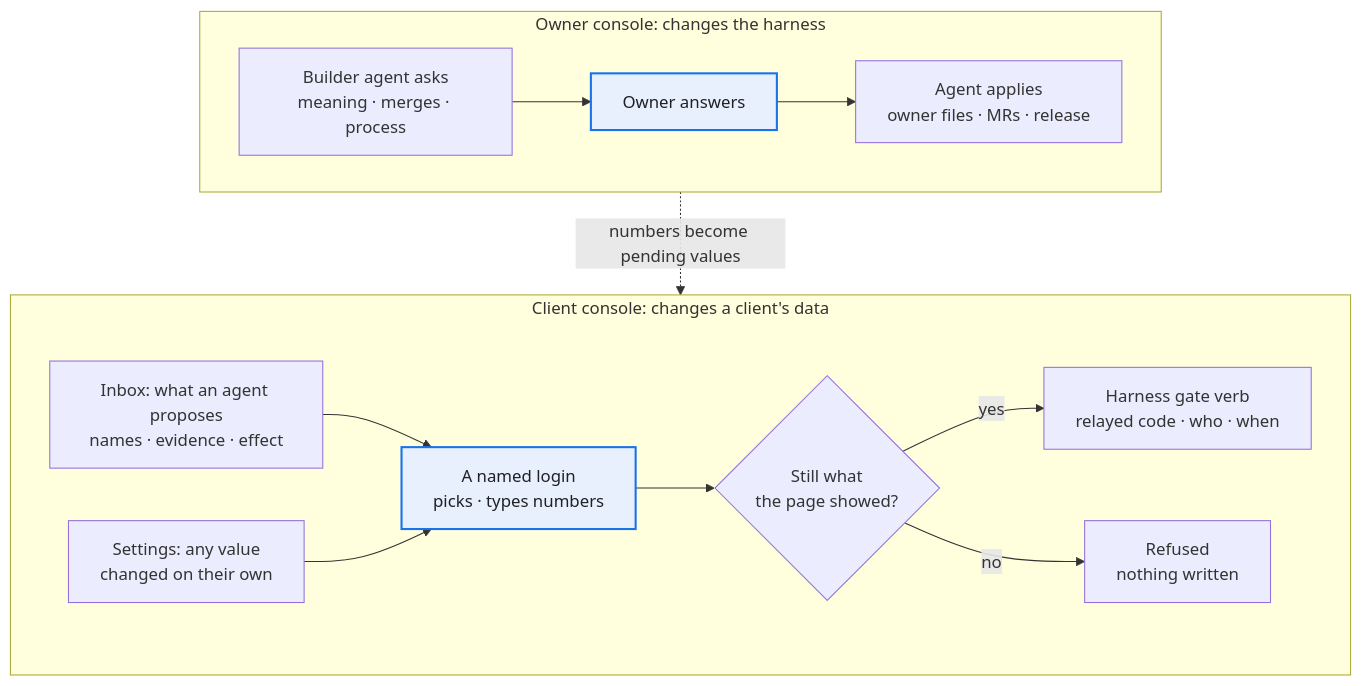
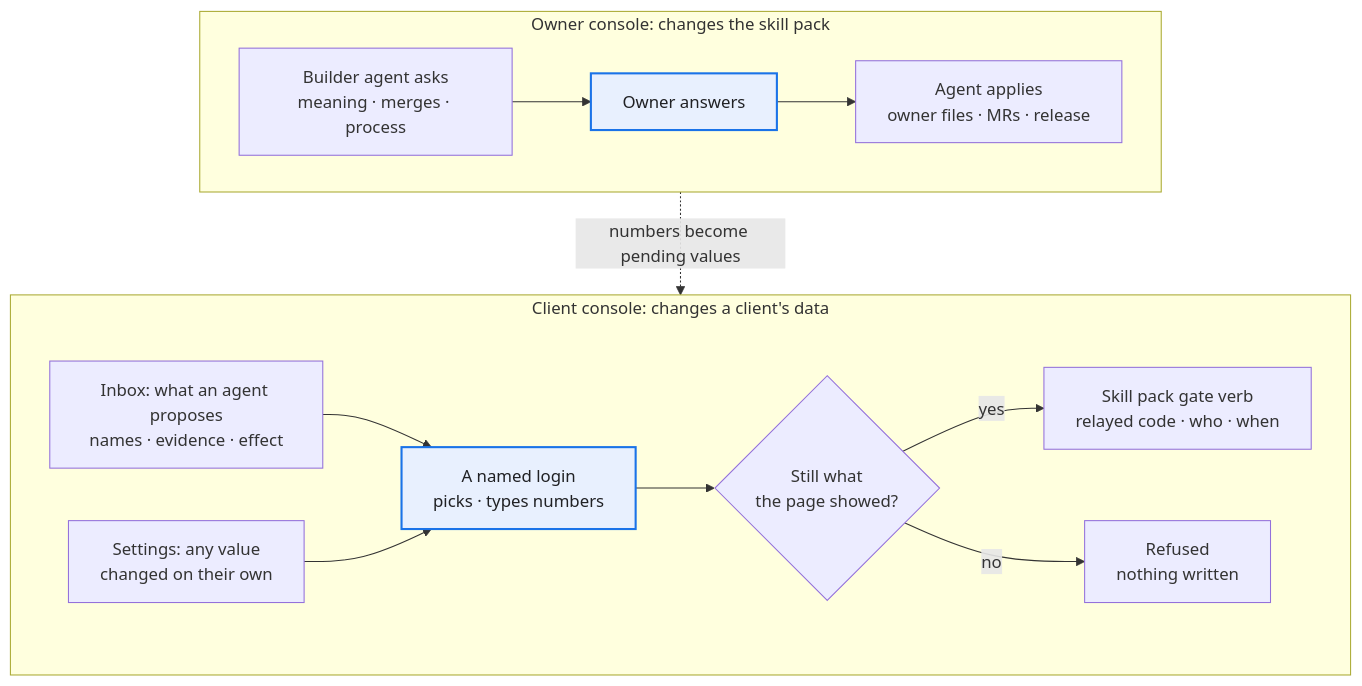
The second of 2 diagrams in docs/consoles.md (thaddeus-builds/skill-pack-playbook), drawn with Mermaid before and after one commit. The commit also changed other lines of this file and 303 other files, not shown here.

First line of the commit message:
Rename the noun harness to skill pack across the playbook

````diff
--- a/docs/consoles.md
+++ b/docs/consoles.md
@@ -30,17 +30,17 @@
 ```mermaid
 flowchart TB
-    subgraph Q["Owner console: changes the harness"]
+    subgraph Q["Owner console: changes the skill pack"]
       direction LR
       A["Builder agent asks<br/>meaning · merges · process"] --> QA["Owner answers"]:::owner --> AP["Agent applies<br/>owner files · MRs · release"]
     end
     subgraph C["Client console: changes a client's data"]
       direction LR
       IN["Inbox: what an agent proposes<br/>names · evidence · effect"] --> CL["A named login<br/>picks · types numbers"]:::owner
       SE["Settings: any value<br/>changed on their own"] --> CL
       CL --> G{"Still what<br/>the page showed?"}
-      G -->|yes| GV["Harness gate verb<br/>relayed code · who · when"]
+      G -->|yes| GV["Skill pack gate verb<br/>relayed code · who · when"]
       G -->|no| RF["Refused<br/>nothing written"]
     end
     Q -. "numbers become pending values" .-> C
     classDef owner fill:#e8f0fe,stroke:#1a73e8,stroke-width:2px,color:#202124
 ```
````
